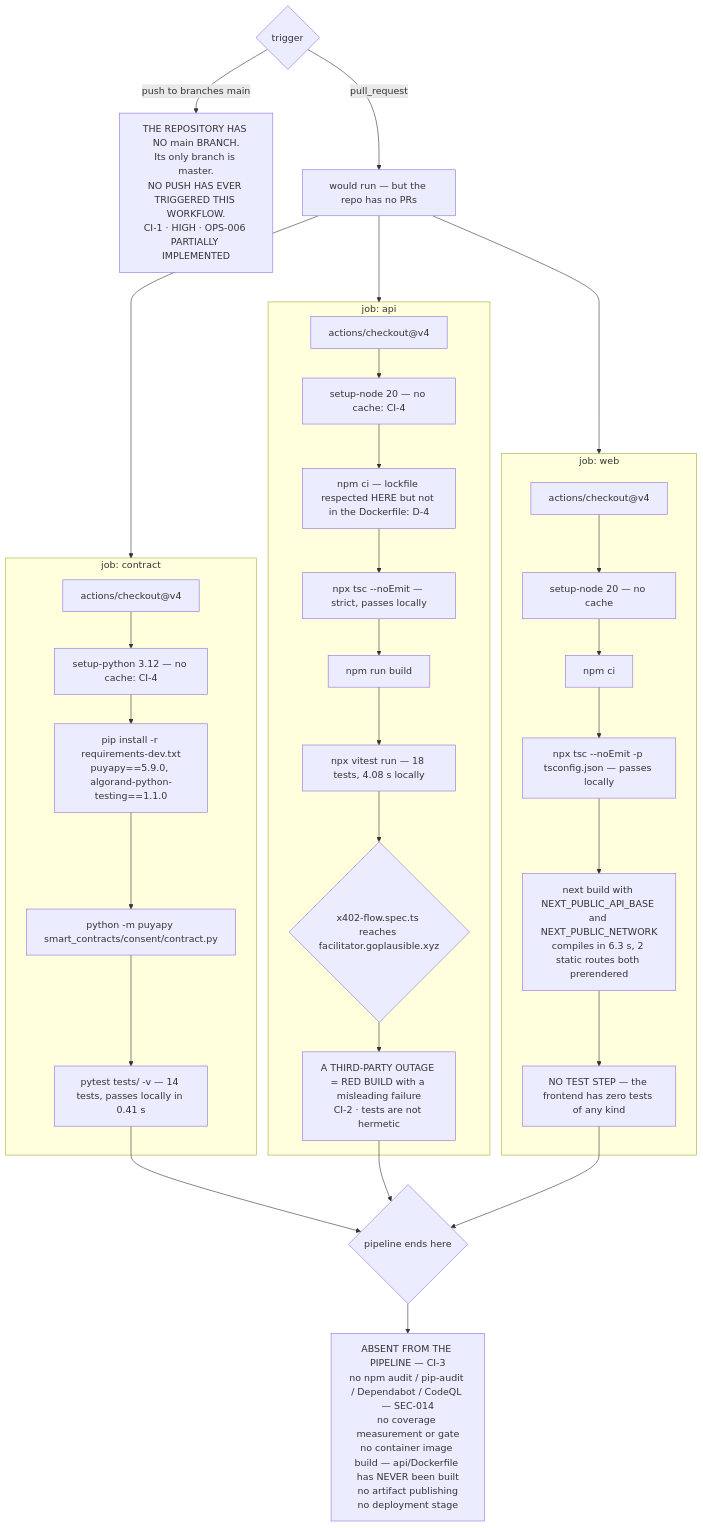
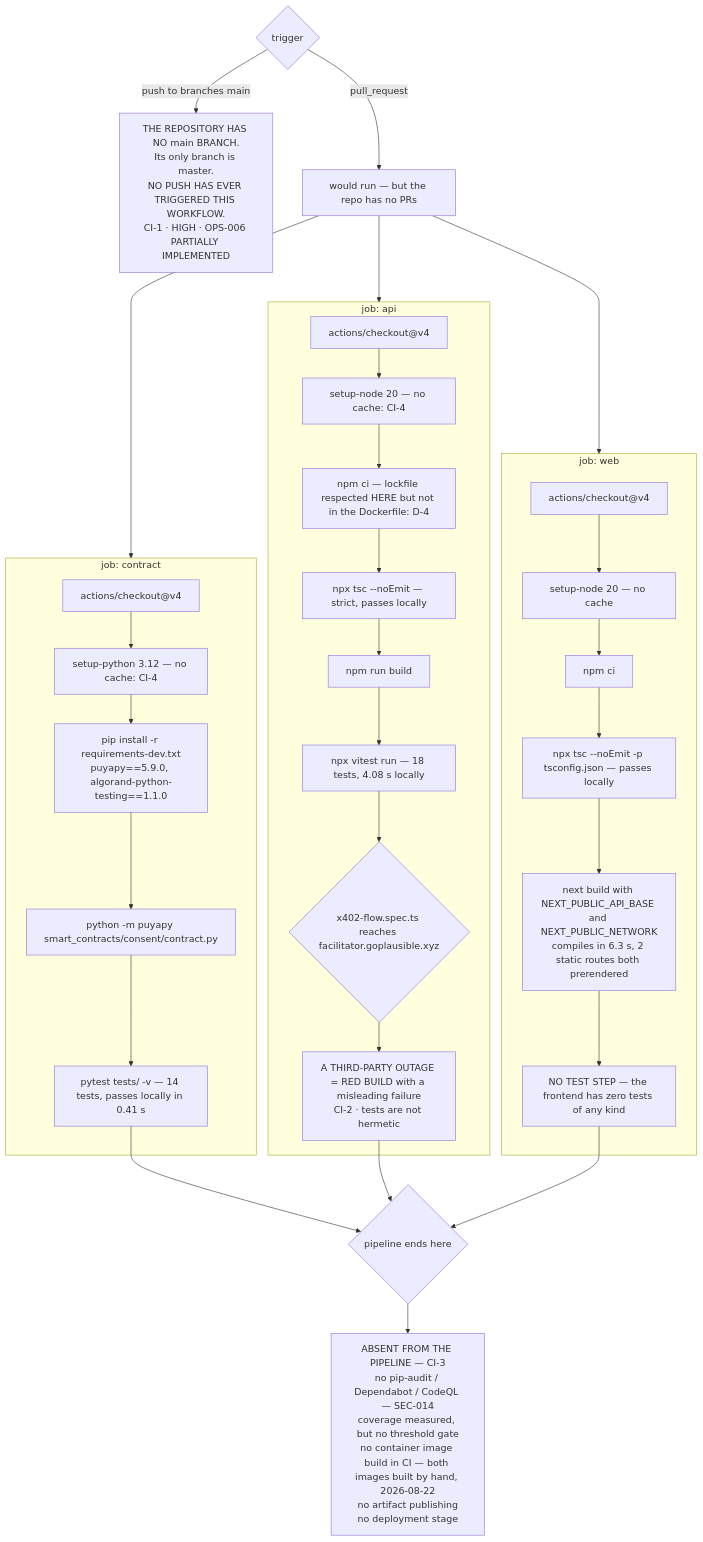
Before and after one commit to Hydra-Of-Malice/Medrail: the fifth of 5 diagrams in docs/03_Architecture/Activity_Diagrams.md, drawn with Mermaid. The commit also changed other lines of this file and 55 other files, not shown here.

````diff
--- a/docs/03_Architecture/Activity_Diagrams.md
+++ b/docs/03_Architecture/Activity_Diagrams.md
@@ -239,45 +239,45 @@
 ```mermaid
 flowchart TD
     TRIG{"trigger"}
     TRIG -->|"push to branches main"| DEAD["THE REPOSITORY HAS NO main BRANCH.<br/>Its only branch is master.<br/>NO PUSH HAS EVER TRIGGERED THIS WORKFLOW.<br/>CI-1 · HIGH · OPS-006 PARTIALLY IMPLEMENTED"]
     TRIG -->|"pull_request"| RUN["would run — but the repo has no PRs"]
 
     RUN --> J1 & J2 & J3
 
     subgraph J1["job: contract"]
         A1["actions/checkout@v4"]
         A2["setup-python 3.12 — no cache: CI-4"]
         A3["pip install -r requirements-dev.txt<br/>puyapy==5.9.0, algorand-python-testing==1.1.0"]
         A4["python -m puyapy smart_contracts/consent/contract.py"]
         A5["pytest tests/ -v — 14 tests, passes locally in 0.41 s"]
         A1-->A2-->A3-->A4-->A5
     end
 
     subgraph J2["job: api"]
         B1["actions/checkout@v4"]
         B2["setup-node 20 — no cache: CI-4"]
         B3["npm ci — lockfile respected HERE but not in the Dockerfile: D-4"]
         B4["npx tsc --noEmit — strict, passes locally"]
         B5["npm run build"]
         B6["npx vitest run — 18 tests, 4.08 s locally"]
         B7{"x402-flow.spec.ts reaches facilitator.goplausible.xyz"}
         B8["A THIRD-PARTY OUTAGE = RED BUILD with a misleading failure<br/>CI-2 · tests are not hermetic"]
         B1-->B2-->B3-->B4-->B5-->B6-->B7-->B8
     end
 
     subgraph J3["job: web"]
         C1["actions/checkout@v4"]
         C2["setup-node 20 — no cache"]
         C3["npm ci"]
         C4["npx tsc --noEmit -p tsconfig.json — passes locally"]
         C5["next build with NEXT_PUBLIC_API_BASE and NEXT_PUBLIC_NETWORK<br/>compiles in 6.3 s, 2 static routes both prerendered"]
         C6["NO TEST STEP — the frontend has zero tests of any kind"]
         C1-->C2-->C3-->C4-->C5-->C6
     end
 
     A5 --> END
     B8 --> END
     C6 --> END
     END{"pipeline ends here"}
-    END --> MISSING["ABSENT FROM THE PIPELINE — CI-3<br/>no npm audit / pip-audit / Dependabot / CodeQL — SEC-014<br/>no coverage measurement or gate<br/>no container image build — api/Dockerfile has NEVER been built<br/>no artifact publishing<br/>no deployment stage"]
+    END --> MISSING["ABSENT FROM THE PIPELINE — CI-3<br/>no pip-audit / Dependabot / CodeQL — SEC-014<br/>coverage measured, but no threshold gate<br/>no container image build in CI — both images built by hand, 2026-08-22<br/>no artifact publishing<br/>no deployment stage"]
 ```
````
